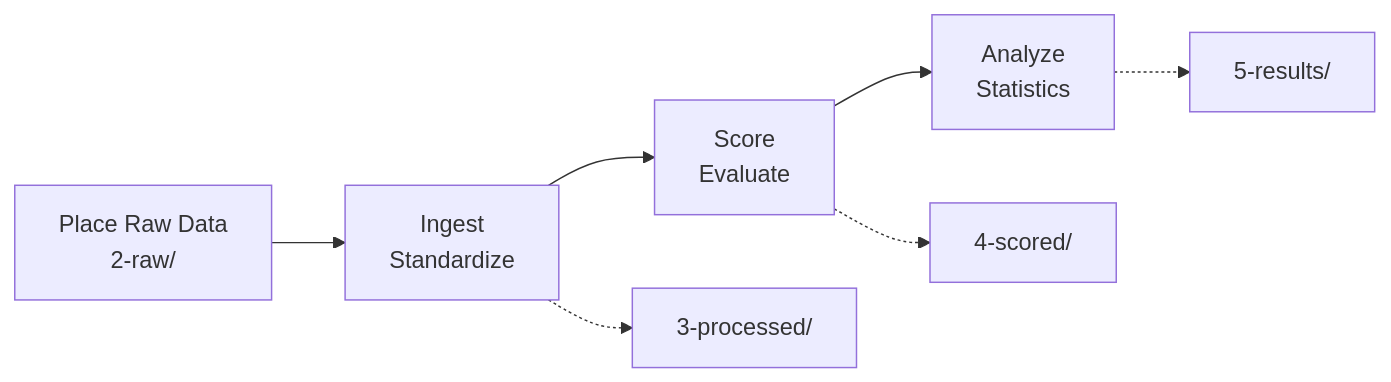
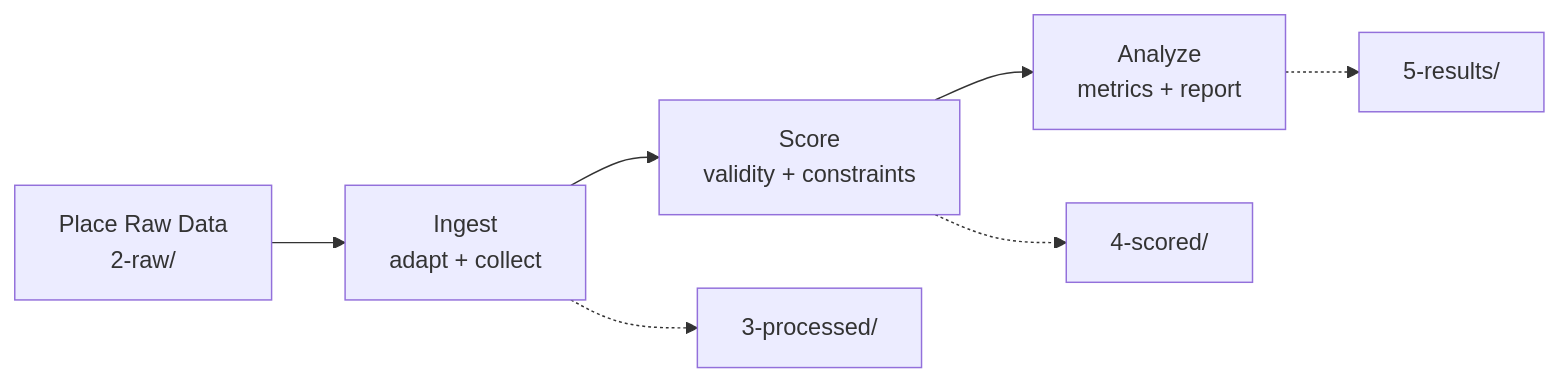
One commit to ischemist/project-procrustes changed the diagram in docs/quick-start.md. Above: the diagram before and after it, drawn with Mermaid. The commit also changed other lines of this file and 300 other files, not shown here.

First line of the commit message:
Finalize schema v2 migration (#116)

````diff
--- a/docs/quick-start.md
+++ b/docs/quick-start.md
@@ -78,11 +96,10 @@
 ```mermaid
 graph LR
-    A[Place Raw Data<br/>2-raw/] --> B[Ingest<br/>Standardize]
-    B --> C[Score<br/>Evaluate]
-    C --> D[Analyze<br/>Statistics]
+    A[Place Raw Data<br/>2-raw/] --> B[Ingest<br/>adapt + collect]
+    B --> C[Score<br/>validity + constraints]
+    C --> D[Analyze<br/>metrics + report]
 
     B -.-> E[3-processed/]
     C -.-> F[4-scored/]
     D -.-> G[5-results/]
-
 ```
````
